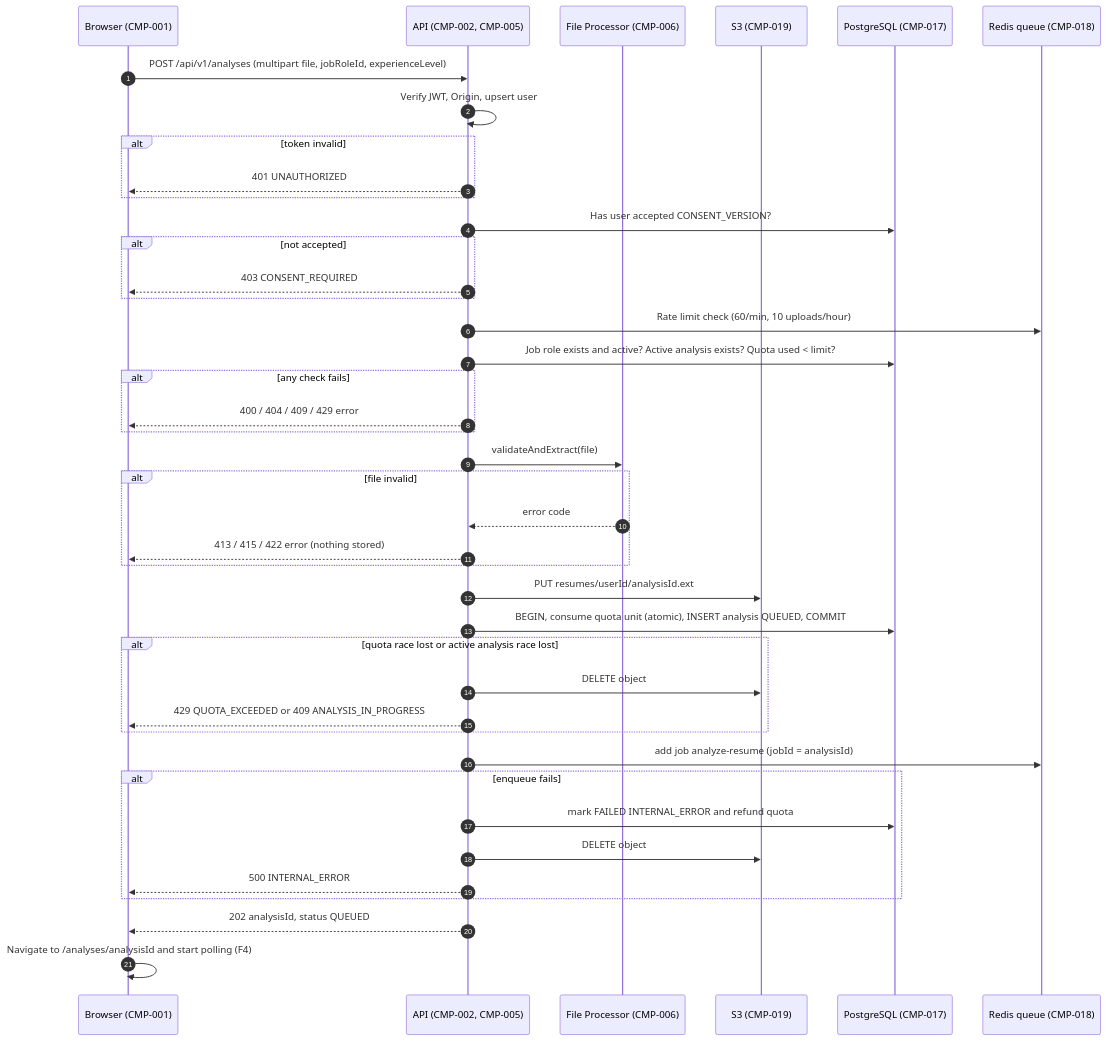
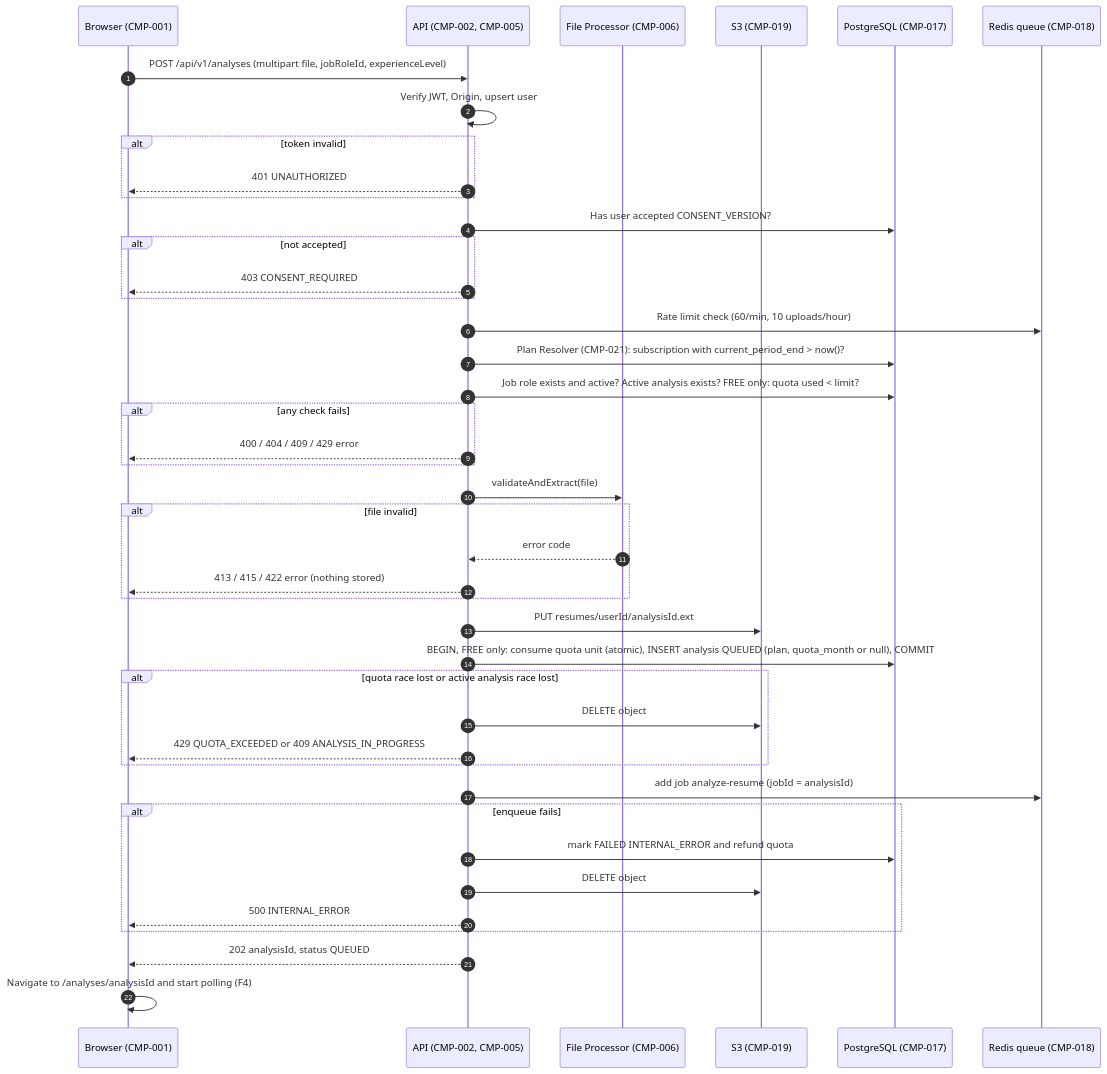
The second of 13 diagrams in pratiksha/spec.md (divii-school/spec-homework), drawn with Mermaid before and after one commit. The commit also changed other lines of this file and 1 other file, not shown here.

Commit message:
round 2: update architecture, DB, API, traceability and change log for Resume Pro (v0.5)

````diff
--- a/pratiksha/spec.md
+++ b/pratiksha/spec.md
@@ -929,43 +960,44 @@
 ```mermaid
 sequenceDiagram
   autonumber
   participant B as Browser (CMP-001)
   participant A as API (CMP-002, CMP-005)
   participant F as File Processor (CMP-006)
   participant S as S3 (CMP-019)
   participant P as PostgreSQL (CMP-017)
   participant R as Redis queue (CMP-018)
   B->>A: POST /api/v1/analyses (multipart file, jobRoleId, experienceLevel)
   A->>A: Verify JWT, Origin, upsert user
   alt token invalid
     A-->>B: 401 UNAUTHORIZED
   end
   A->>P: Has user accepted CONSENT_VERSION?
   alt not accepted
     A-->>B: 403 CONSENT_REQUIRED
   end
   A->>R: Rate limit check (60/min, 10 uploads/hour)
-  A->>P: Job role exists and active? Active analysis exists? Quota used < limit?
+  A->>P: Plan Resolver (CMP-021): subscription with current_period_end > now()?
+  A->>P: Job role exists and active? Active analysis exists? FREE only: quota used < limit?
   alt any check fails
     A-->>B: 400 / 404 / 409 / 429 error
   end
   A->>F: validateAndExtract(file)
   alt file invalid
     F-->>A: error code
     A-->>B: 413 / 415 / 422 error (nothing stored)
   end
   A->>S: PUT resumes/userId/analysisId.ext
-  A->>P: BEGIN, consume quota unit (atomic), INSERT analysis QUEUED, COMMIT
+  A->>P: BEGIN, FREE only: consume quota unit (atomic), INSERT analysis QUEUED (plan, quota_month or null), COMMIT
   alt quota race lost or active analysis race lost
     A->>S: DELETE object
     A-->>B: 429 QUOTA_EXCEEDED or 409 ANALYSIS_IN_PROGRESS
   end
   A->>R: add job analyze-resume (jobId = analysisId)
   alt enqueue fails
     A->>P: mark FAILED INTERNAL_ERROR and refund quota
     A->>S: DELETE object
     A-->>B: 500 INTERNAL_ERROR
   end
   A-->>B: 202 analysisId, status QUEUED
   B->>B: Navigate to /analyses/analysisId and start polling (F4)
 ```
````
